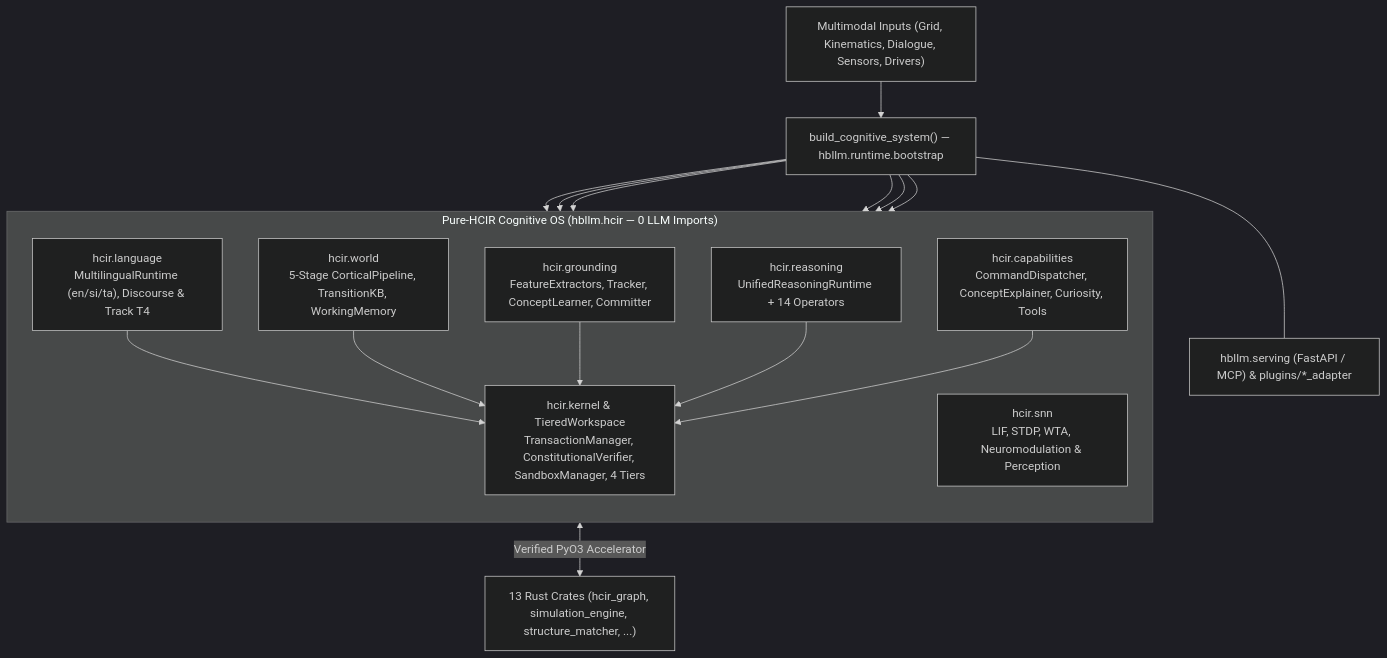
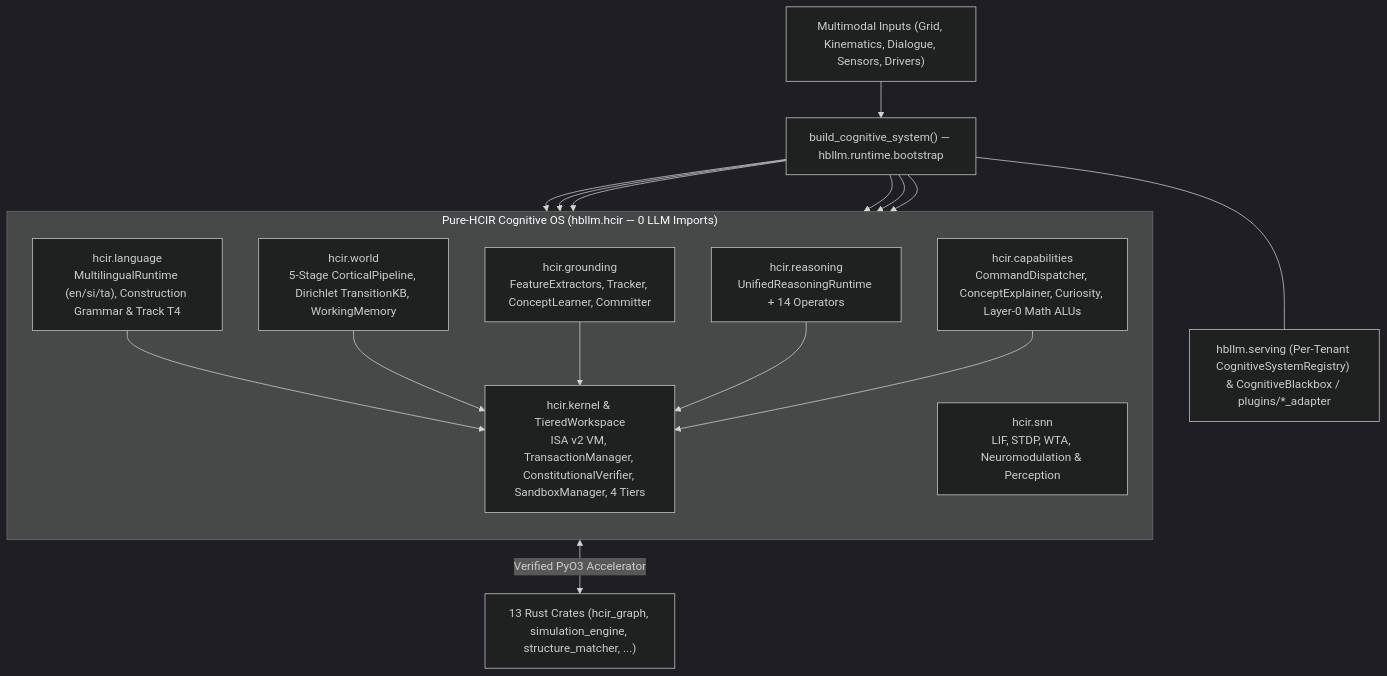
Before and after one commit to HBLLM/hbllm-core: the diagram in docs/index.md, drawn with Mermaid (dark theme). The commit also changed other lines of this file and 20 other files, not shown here.

````diff
--- a/docs/index.md
+++ b/docs/index.md
@@ -75,20 +75,20 @@
 ```mermaid
 flowchart TB
     IN["Multimodal Inputs (Grid, Kinematics, Dialogue, Sensors, Drivers)"] --> ROOT["build_cognitive_system() — hbllm.runtime.bootstrap"]
 
     subgraph HCIR["Pure-HCIR Cognitive OS (hbllm.hcir — 0 LLM Imports)"]
         direction TB
-        LANG["hcir.language<br/>MultilingualRuntime (en/si/ta), Discourse &amp; Track T4"]
-        WORLD["hcir.world<br/>5-Stage CorticalPipeline, TransitionKB, WorkingMemory"]
+        LANG["hcir.language<br/>MultilingualRuntime (en/si/ta), Construction Grammar &amp; Track T4"]
+        WORLD["hcir.world<br/>5-Stage CorticalPipeline, Dirichlet TransitionKB, WorkingMemory"]
         SGE["hcir.grounding<br/>FeatureExtractors, Tracker, ConceptLearner, Committer"]
         REAS["hcir.reasoning<br/>UnifiedReasoningRuntime + 14 Operators"]
         SNN["hcir.snn<br/>LIF, STDP, WTA, Neuromodulation &amp; Perception"]
-        CAP["hcir.capabilities<br/>CommandDispatcher, ConceptExplainer, Curiosity, Tools"]
-        KERNEL["hcir.kernel &amp; TieredWorkspace<br/>TransactionManager, ConstitutionalVerifier, SandboxManager, 4 Tiers"]
+        CAP["hcir.capabilities<br/>CommandDispatcher, ConceptExplainer, Curiosity, Layer-0 Math ALUs"]
+        KERNEL["hcir.kernel &amp; TieredWorkspace<br/>ISA v2 VM, TransactionManager, ConstitutionalVerifier, SandboxManager, 4 Tiers"]
     end
 
     ROOT --> LANG & WORLD & SGE & REAS & SNN & CAP
     LANG & WORLD & SGE & REAS & CAP --> KERNEL
     KERNEL <-->|"Verified PyO3 Accelerator"| RUST["13 Rust Crates (hcir_graph, simulation_engine, structure_matcher, ...)"]
-    ROOT --- SERVE["hbllm.serving (FastAPI / MCP) &amp; plugins/*_adapter"]
+    ROOT --- SERVE["hbllm.serving (Per-Tenant CognitiveSystemRegistry) &amp; CognitiveBlackbox / plugins/*_adapter"]
 ```
````
